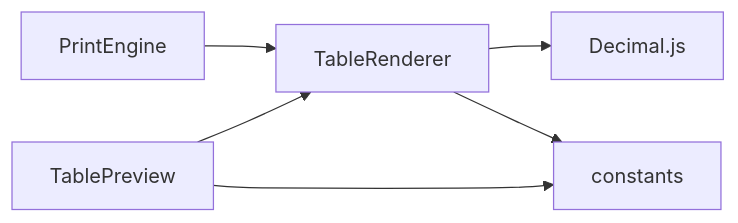
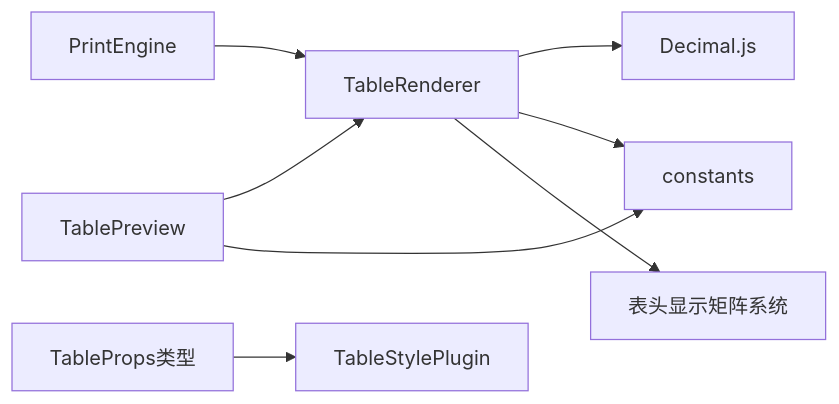
One commit to joker-yjc/printer changed the tenth of 10 diagrams in .qoder/repowiki/zh/content/项目概述/核心特性/打印引擎系统/表格智能渲染.md. Above: the diagram before and after it, drawn with Mermaid. The commit also changed other lines of this file and 61 other files, not shown here.

````diff
--- a/.qoder/repowiki/zh/content/项目概述/核心特性/打印引擎系统/表格智能渲染.md
+++ b/.qoder/repowiki/zh/content/项目概述/核心特性/打印引擎系统/表格智能渲染.md
@@ -366,8 +426,10 @@
 ```mermaid
 graph LR
 PE["PrintEngine"] --> TR["TableRenderer"]
 TR --> DEC["Decimal.js"]
 TR --> C["constants"]
+TR --> TM["表头显示矩阵系统"]
 TP["TablePreview"] --> TR
 TP --> C
+TS["TableProps类型"] --> TSP["TableStylePlugin"]
 ```
````
